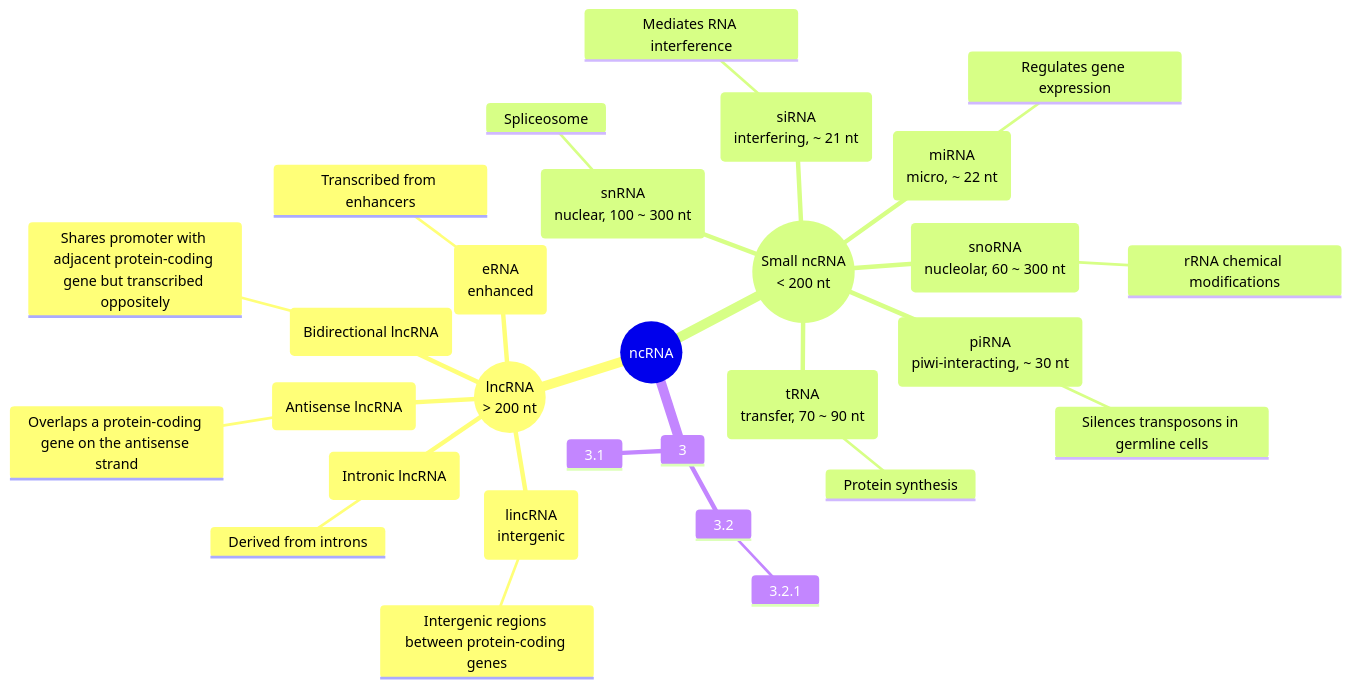
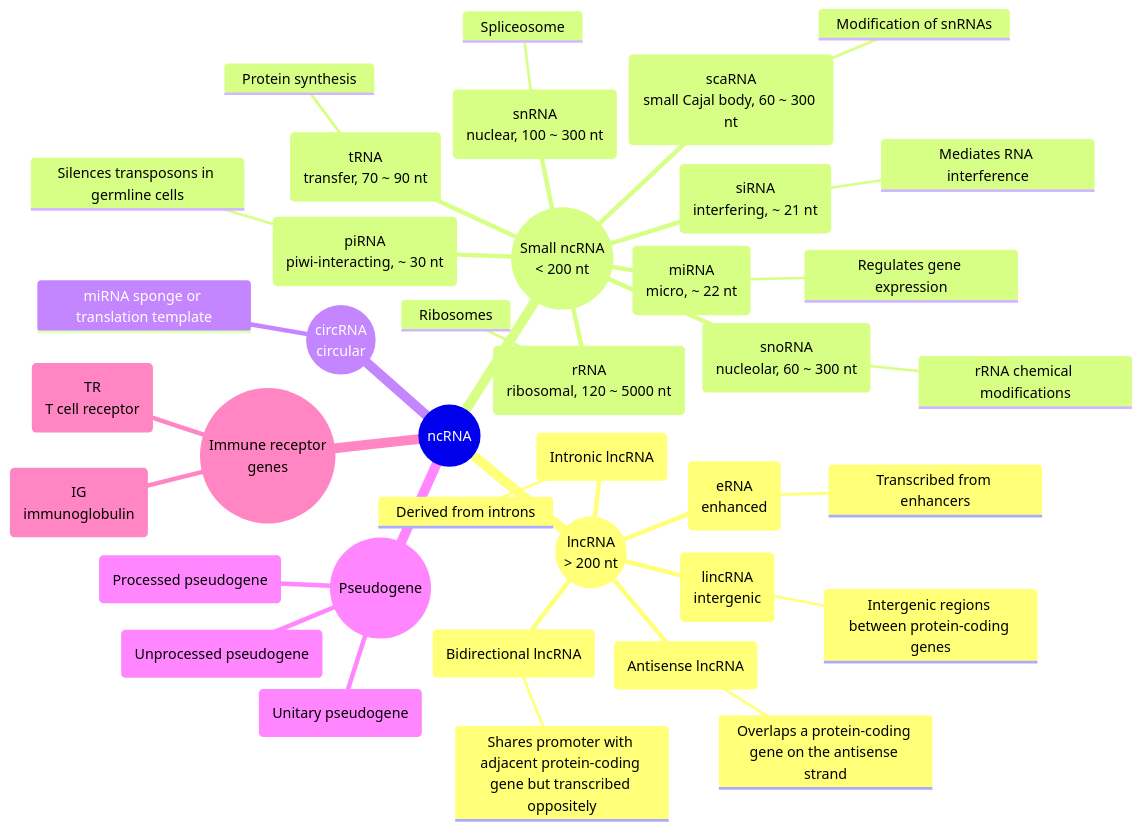
One commit to Revewill/Bioinfo.Revewill.github.io changed the diagram in W6/Genome Annotation/Bioinformatics_Homework_Genome_Annotation.md. Above: the diagram before and after it, drawn with Mermaid.

````diff
--- a/W6/Genome Annotation/Bioinformatics_Homework_Genome_Annotation.md
+++ b/W6/Genome Annotation/Bioinformatics_Homework_Genome_Annotation.md
@@ -74,44 +74,57 @@
   ```mermaid
   mindmap
     root((ncRNA))
       ((lncRNA
       > 200 nt))
         (lincRNA
         intergenic)
           Intergenic regions between protein-coding genes
         (Antisense lncRNA)
           Overlaps a protein-coding gene on the antisense strand
         (Intronic lncRNA)
           Derived from introns
         (Bidirectional lncRNA)
           Shares promoter with adjacent protein-coding gene but transcribed oppositely
         (eRNA
         enhanced)
           Transcribed from enhancers
       ((Small ncRNA
       < 200 nt))
         (miRNA
         micro, ~ 22 nt)
           Regulates gene expression
         (siRNA
         interfering, ~ 21 nt)
           Mediates RNA interference
         (piRNA
         piwi-interacting, ~ 30 nt)
           Silences transposons in germline cells
         (snRNA
         nuclear, 100 ~ 300 nt)
           Spliceosome
         (snoRNA
         nucleolar, 60 ~ 300 nt)
           rRNA chemical modifications
         (tRNA
         transfer, 70 ~ 90 nt)
           Protein synthesis
-        
-        
-      3
-        3.1
-        3.2
-          3.2.1
+        (rRNA
+        ribosomal, 120 ~ 5000 nt)
+          Ribosomes
+        (scaRNA
+        small Cajal body, 60 ~ 300 nt)
+          Modification of snRNAs
+      ((circRNA
+      circular))
+        miRNA sponge or translation template
+      ((Pseudogene))
+        (Processed pseudogene)
+        (Unprocessed pseudogene)
+        (Unitary pseudogene)
+      ((Immune receptor
+      genes))
+        (IG
+        immunoglobulin)
+        (TR
+        T cell receptor)
   ```
````
